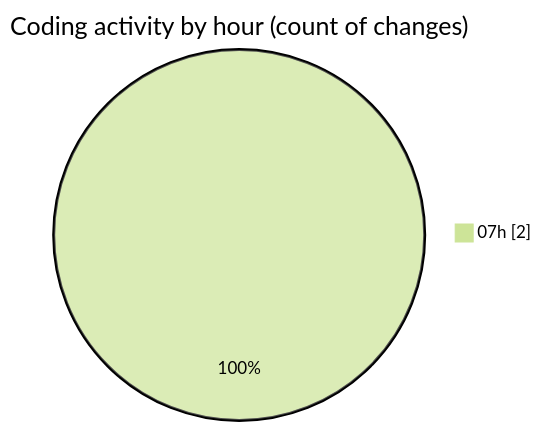
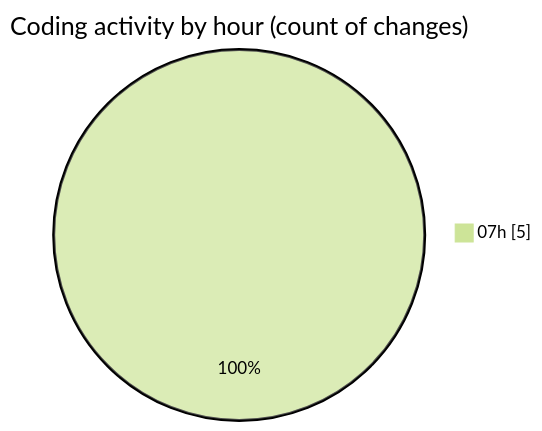
One commit to robertbonfada/code-tracking changed the second of 2 diagrams in 2025-02-03/mbc-web/README.md. Above: the diagram before and after it, drawn with Mermaid (forest theme). The commit also changed other lines of this file and 1 other file, not shown here.

````diff
--- a/2025-02-03/mbc-web/README.md
+++ b/2025-02-03/mbc-web/README.md
@@ -28,5 +29,5 @@
 ```mermaid
 pie showData
 title Coding activity by hour (count of changes)
-"07h" : 2
+"07h" : 5
 ```
````
